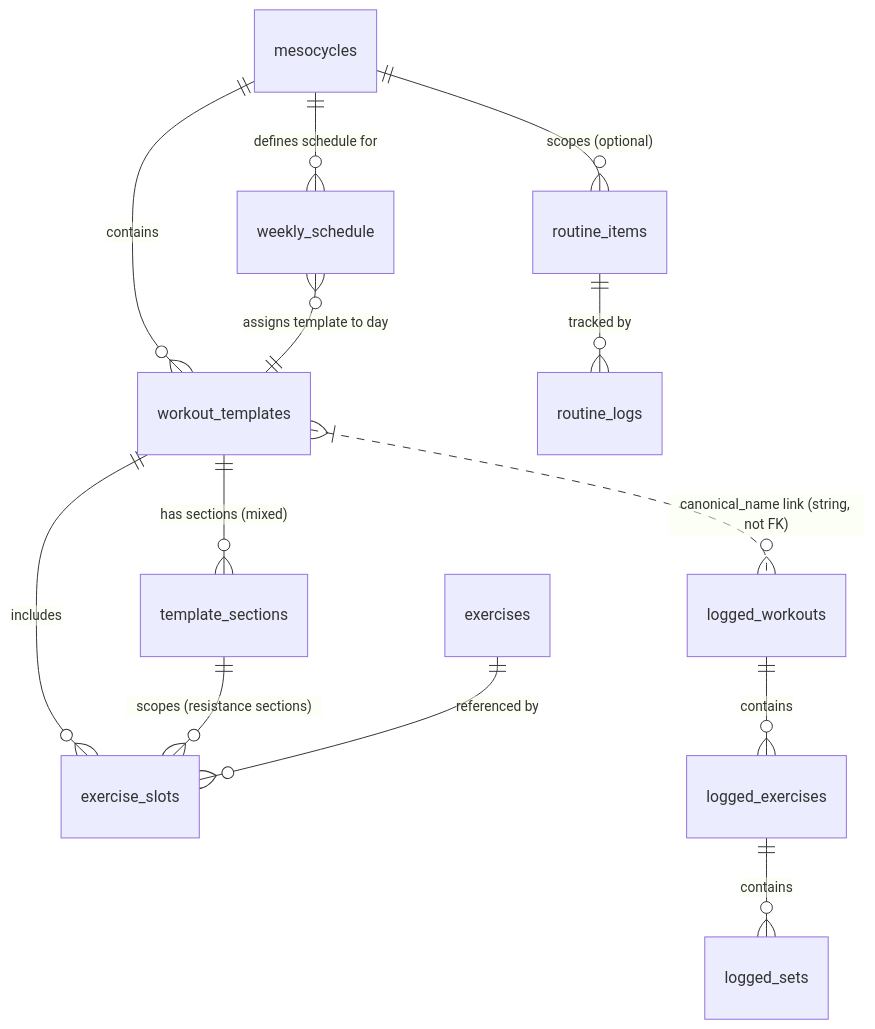
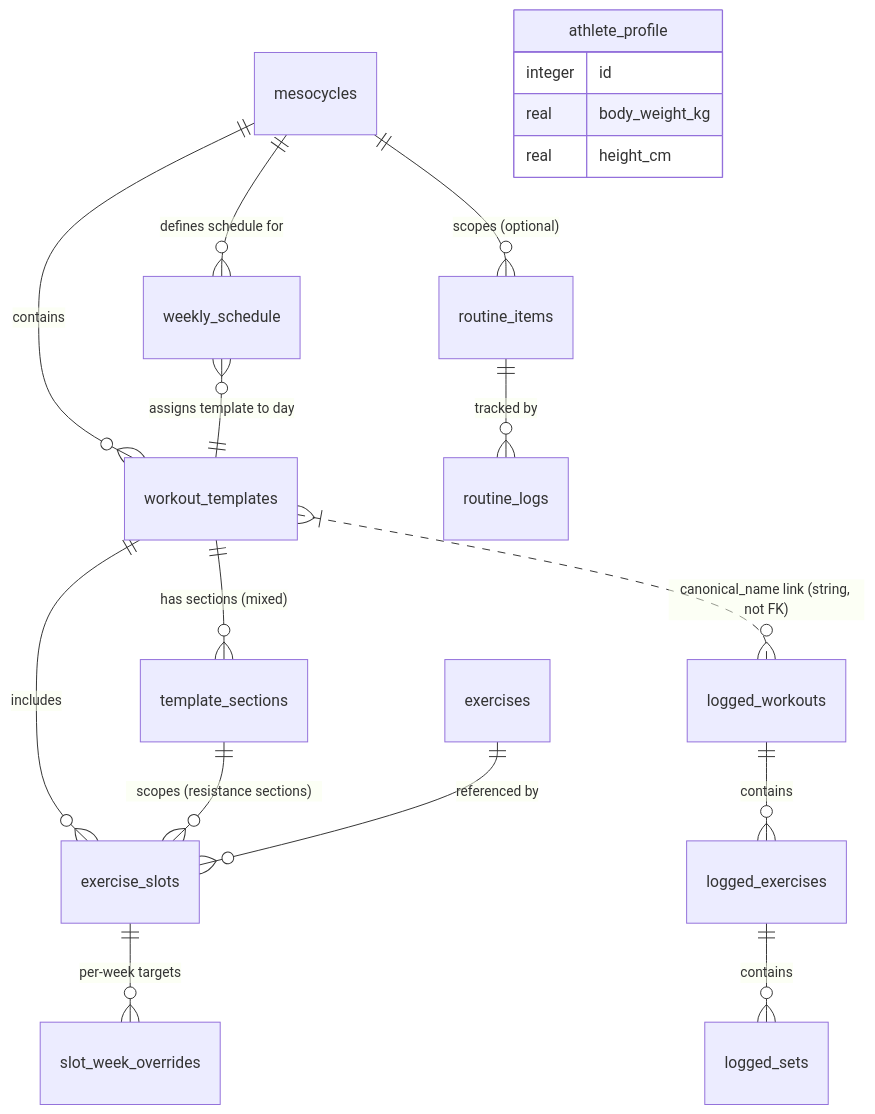
Before and after one commit to yaronmolho1/fitness-app: the second of 2 diagrams in docs/architecture.md, drawn with Mermaid. The commit also changed other lines of this file and 7 other files, not shown here.

Commit message:
feat: [T159] athlete_profile schema + migration (#378)

````diff
--- a/docs/architecture.md
+++ b/docs/architecture.md
@@ -54,17 +54,23 @@
 ```mermaid
 erDiagram
     mesocycles ||--o{ workout_templates : "contains"
     mesocycles ||--o{ weekly_schedule : "defines schedule for"
     mesocycles ||--o{ routine_items : "scopes (optional)"
     workout_templates ||--o{ template_sections : "has sections (mixed)"
     workout_templates ||--o{ exercise_slots : "includes"
     template_sections ||--o{ exercise_slots : "scopes (resistance sections)"
     exercises ||--o{ exercise_slots : "referenced by"
+    exercise_slots ||--o{ slot_week_overrides : "per-week targets"
     weekly_schedule }o--|| workout_templates : "assigns template to day"
 
     logged_workouts ||--o{ logged_exercises : "contains"
     logged_exercises ||--o{ logged_sets : "contains"
     routine_items ||--o{ routine_logs : "tracked by"
+    athlete_profile {
+        integer id
+        real body_weight_kg
+        real height_cm
+    }
 
     workout_templates }|..o{ logged_workouts : "canonical_name link (string, not FK)"
 ```
````
